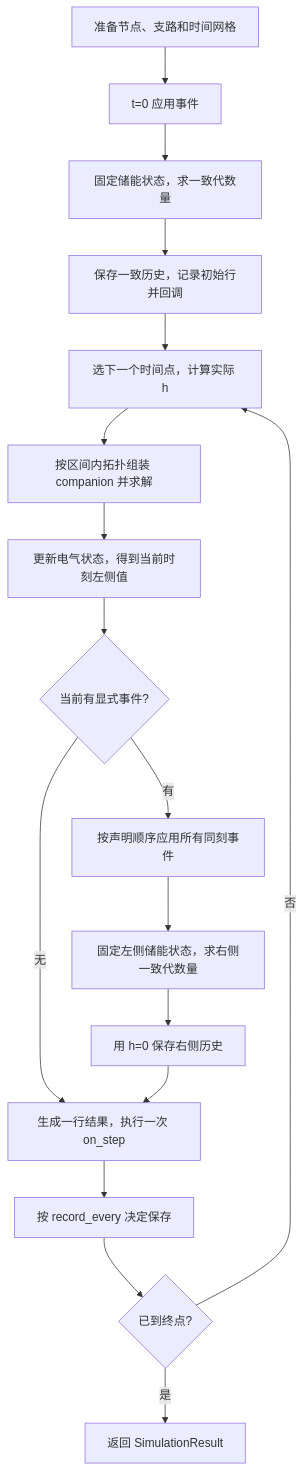
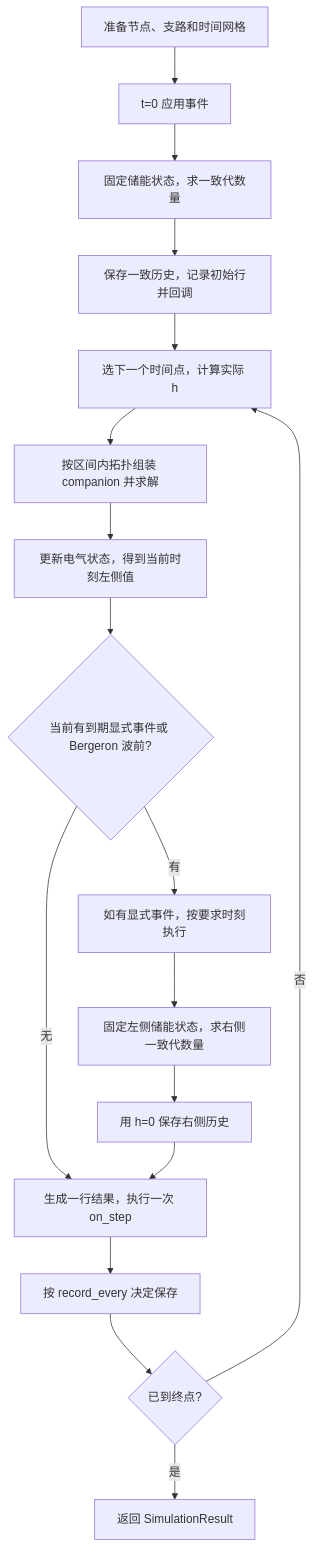
The diagram in docs/component_derivations.md (yu-yikai/PyCy_EMT_Lite), drawn with Mermaid before and after one commit. The commit also changed other lines of this file and 21 other files, not shown here.

````diff
--- a/docs/component_derivations.md
+++ b/docs/component_derivations.md
@@ -891,19 +895,19 @@
 ```mermaid
 flowchart TD
     A[准备节点、支路和时间网格] --> B[t=0 应用事件]
     B --> C[固定储能状态，求一致代数量]
     C --> D[保存一致历史，记录初始行并回调]
     D --> E[选下一个时间点，计算实际 h]
     E --> F[按区间内拓扑组装 companion 并求解]
     F --> G[更新电气状态，得到当前时刻左侧值]
-    G --> H{当前有显式事件?}
-    H -- 有 --> I[按声明顺序应用所有同刻事件]
+    G --> H{当前有到期显式事件或 Bergeron 波前?}
+    H -- 有 --> I[如有显式事件，按要求时刻执行]
     I --> J[固定左侧储能状态，求右侧一致代数量]
     J --> K[用 h=0 保存右侧历史]
     H -- 无 --> L[生成一行结果，执行一次 on_step]
     K --> L
     L --> M[按 record_every 决定保存]
     M --> N{已到终点?}
     N -- 否 --> E
     N -- 是 --> O[返回 SimulationResult]
 ```
````
